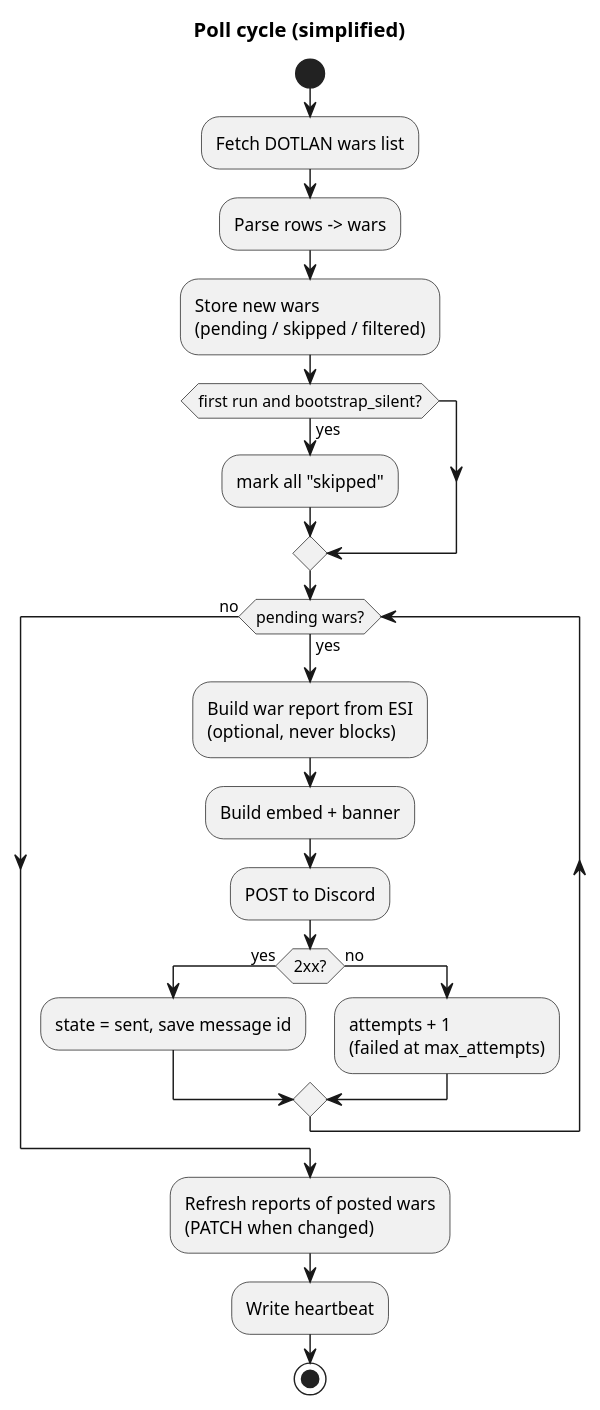
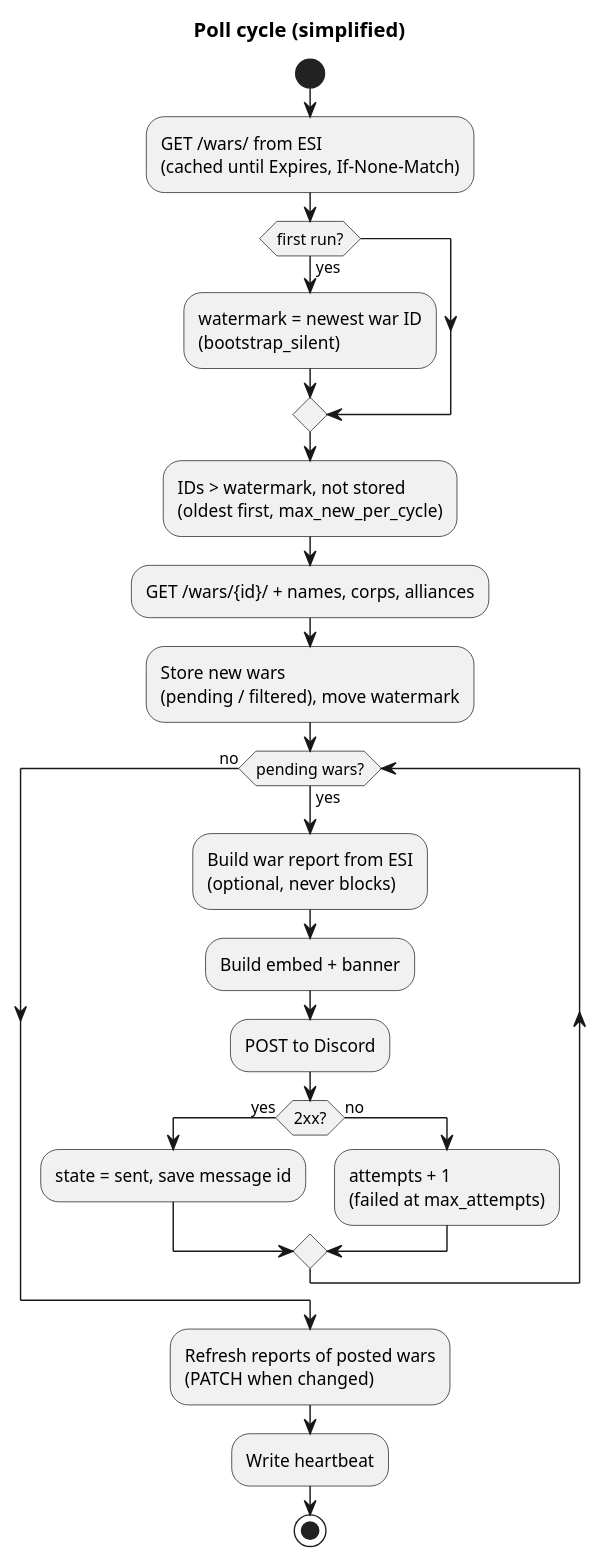
The second of 3 diagrams in docs/wiki/02-FRD.md (Headruner/eve-war-bot), drawn with PlantUML before and after one commit. The commit also changed other lines of this file and 59 other files, not shown here.

Commit message:
2.0.0: wars from CCP ESI instead of DOTLAN

````diff
--- a/docs/wiki/02-FRD.md
+++ b/docs/wiki/02-FRD.md
@@ -58,25 +56,26 @@
 ```plantuml
 @startuml
 title Poll cycle (simplified)
 start
-:Fetch DOTLAN wars list;
-:Parse rows -> wars;
-:Store new wars\n(pending / skipped / filtered);
-if (first run and bootstrap_silent?) then (yes)
-  :mark all "skipped";
+:GET /wars/ from ESI\n(cached until Expires, If-None-Match);
+if (first run?) then (yes)
+  :watermark = newest war ID\n(bootstrap_silent) ;
 endif
+:IDs > watermark, not stored\n(oldest first, max_new_per_cycle);
+:GET /wars/{id}/ + names, corps, alliances;
+:Store new wars\n(pending / filtered), move watermark;
 while (pending wars?) is (yes)
   :Build war report from ESI\n(optional, never blocks);
   :Build embed + banner;
   :POST to Discord;
   if (2xx?) then (yes)
     :state = sent, save message id;
   else (no)
     :attempts + 1\n(failed at max_attempts);
   endif
 endwhile (no)
 :Refresh reports of posted wars\n(PATCH when changed);
 :Write heartbeat;
 stop
 @enduml
 ```
````
